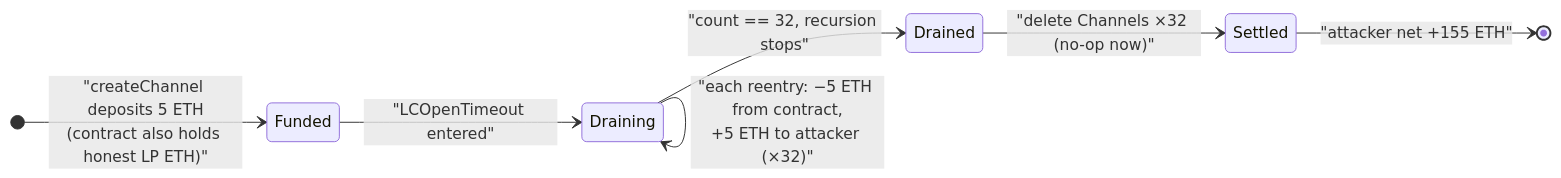
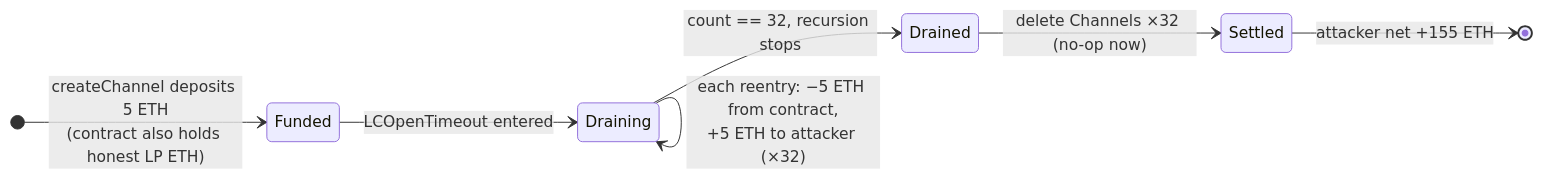
One commit to sanbir/evm-hack-registry changed the third of 3 diagrams in 2018-10-SpankChain_exp/SpankChain_exp.md. Above: the diagram before and after it, drawn with Mermaid. The commit also changed other lines of this file and 280 other files, not shown here.

Commit message:
mermaid fixes

````diff
--- a/2018-10-SpankChain_exp/SpankChain_exp.md
+++ b/2018-10-SpankChain_exp/SpankChain_exp.md
@@ -338,10 +338,10 @@
 ```mermaid
 stateDiagram-v2
     direction LR
-    [*] --> Funded: "createChannel deposits 5 ETH<br/>(contract also holds honest LP ETH)"
-    Funded --> Draining: "LCOpenTimeout entered"
-    Draining --> Draining: "each reentry: −5 ETH from contract,<br/>+5 ETH to attacker (×32)"
-    Draining --> Drained: "count == 32, recursion stops"
-    Drained --> Settled: "delete Channels ×32 (no-op now)"
-    Settled --> [*]: "attacker net +155 ETH"
+    [*] --> Funded: createChannel deposits 5 ETH<br/>(contract also holds honest LP ETH)
+    Funded --> Draining: LCOpenTimeout entered
+    Draining --> Draining: each reentry#58; −5 ETH from contract,<br/>+5 ETH to attacker (×32)
+    Draining --> Drained: count == 32, recursion stops
+    Drained --> Settled: delete Channels ×32 (no-op now)
+    Settled --> [*]: attacker net +155 ETH
 ```
````
